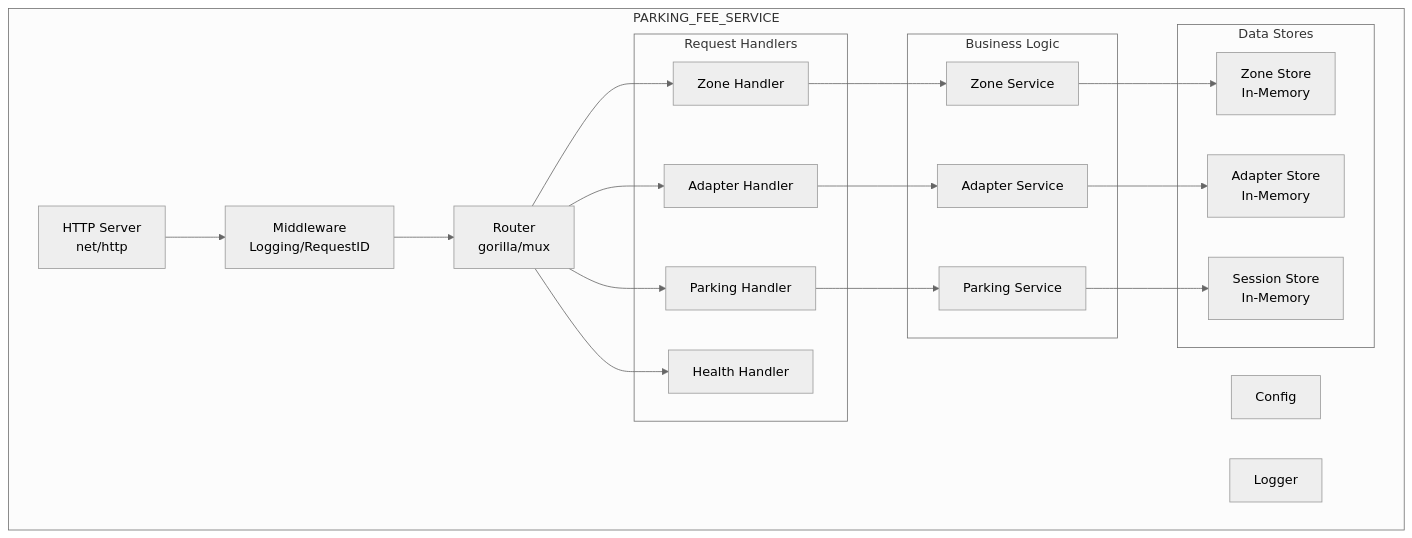
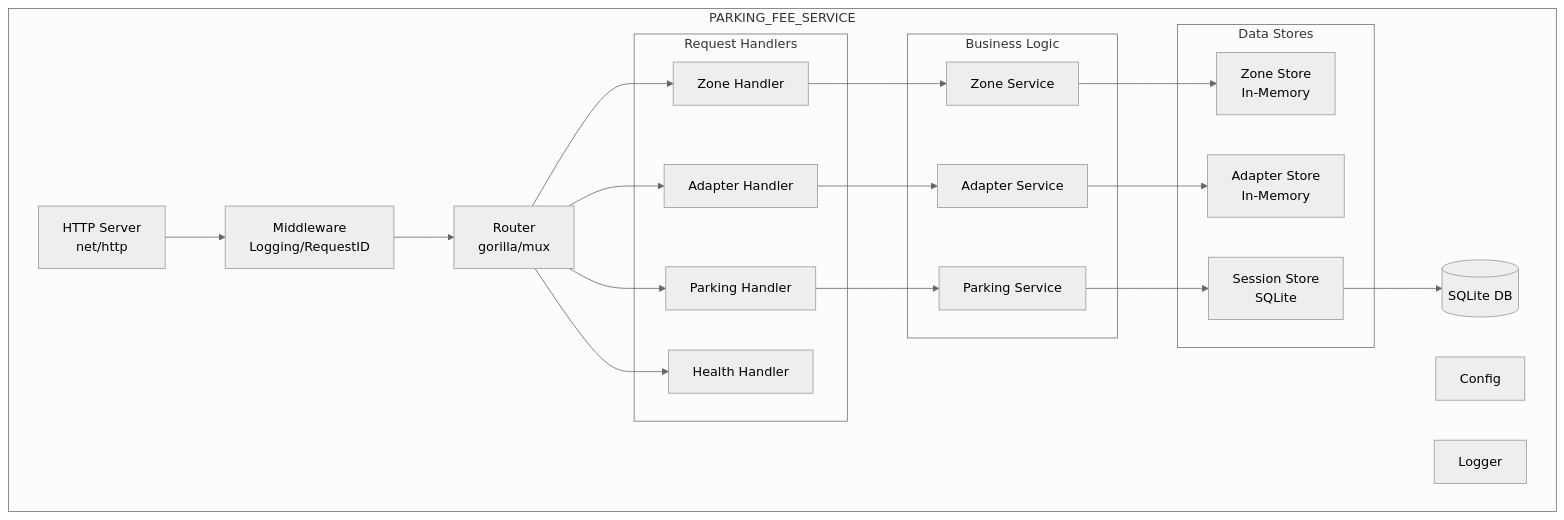
One commit to rhadp/parking-fee-service changed the second of 2 diagrams in .kiro/specs/parking-fee-service/design.md. Above: the diagram before and after it, drawn with Mermaid (neutral theme). The commit also changed other lines of this file and 2 other files, not shown here.

````diff
--- a/.kiro/specs/parking-fee-service/design.md
+++ b/.kiro/specs/parking-fee-service/design.md
@@ -37,43 +37,46 @@
 ```mermaid
 flowchart TB
     subgraph ParkingFeeService["PARKING_FEE_SERVICE"]
         HTTP[HTTP Server<br/>net/http]
         ROUTER[Router<br/>gorilla/mux]
         
         subgraph Handlers["Request Handlers"]
             ZH[Zone Handler]
             AH[Adapter Handler]
             PH[Parking Handler]
             HH[Health Handler]
         end
         
         subgraph Services["Business Logic"]
             ZS[Zone Service]
             AS[Adapter Service]
             PS[Parking Service]
         end
         
         subgraph Stores["Data Stores"]
             ZST[Zone Store<br/>In-Memory]
             AST[Adapter Store<br/>In-Memory]
-            PST[Session Store<br/>In-Memory]
+            PST[Session Store<br/>SQLite]
         end
+        
+        DB[(SQLite DB)]
         
         MW[Middleware<br/>Logging/RequestID]
         CFG[Config]
         LOG[Logger]
     end
     
     HTTP --> MW
     MW --> ROUTER
     ROUTER --> ZH
     ROUTER --> AH
     ROUTER --> PH
     ROUTER --> HH
     ZH --> ZS
     AH --> AS
     PH --> PS
     ZS --> ZST
     AS --> AST
     PS --> PST
+    PST --> DB
 ```
````
